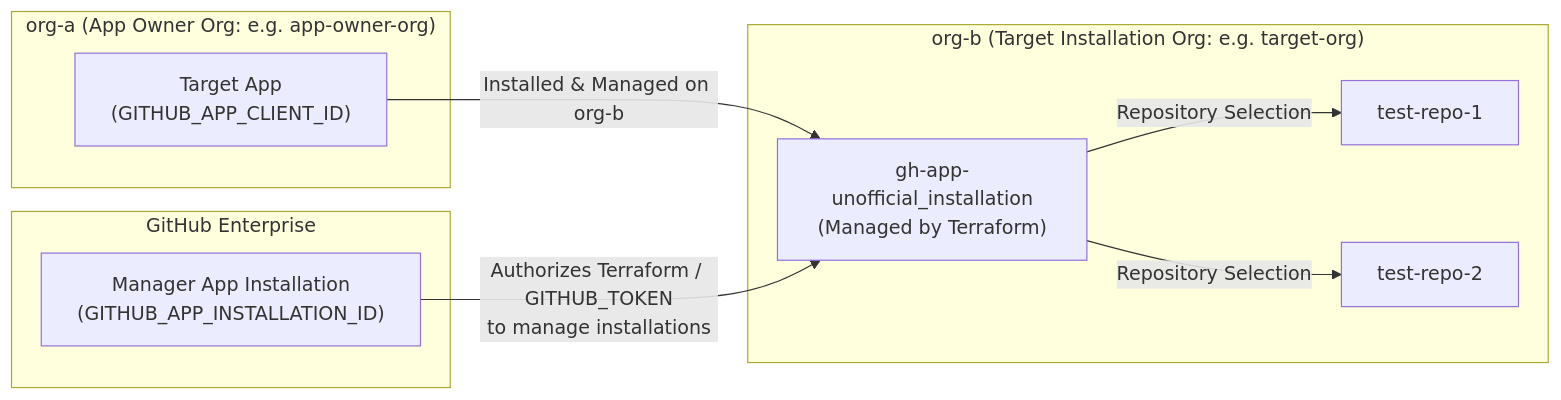
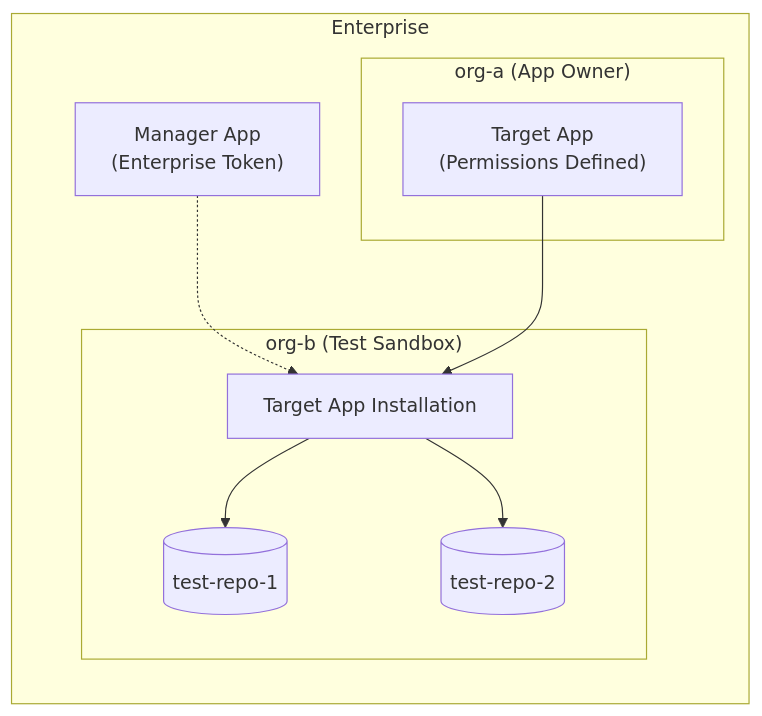
One commit to google/terraform-provider-gh-app-unofficial changed the first of 2 diagrams in DEVELOPMENT.md. Above: the diagram before and after it, drawn with Mermaid. The commit also changed other lines of this file and 7 other files, not shown here.

````diff
--- a/DEVELOPMENT.md
+++ b/DEVELOPMENT.md
@@ -30,21 +51,23 @@
 ```mermaid
-graph LR
-    subgraph ORG_A ["org-a (App Owner Org: e.g. app-owner-org)"]
-        T_APP["Target App<br/>(GITHUB_APP_CLIENT_ID)"]
+flowchart TD
+    subgraph Enterprise ["Enterprise"]
+        direction TB
+        MGR["Manager App <br/>(Enterprise Token)"]
+
+        subgraph ORG_A ["org-a (App Owner)"]
+            TARGET_APP["Target App <br/>(Permissions Defined)"]
+        end
+
+        subgraph ORG_B ["org-b (Test Sandbox)"]
+            INST["Target App Installation"]
+            R1[("test-repo-1")]
+            R2[("test-repo-2")]
+
+            INST --> R1
+            INST --> R2
+        end
+
+        MGR -.-> INST
+        TARGET_APP --> INST
     end
-
-    subgraph ENT ["GitHub Enterprise"]
-        M_INST["Manager App Installation<br/>(GITHUB_APP_INSTALLATION_ID)"]
-    end
-
-    subgraph ORG_B ["org-b (Target Installation Org: e.g. target-org)"]
-        INST["gh-app-unofficial_installation<br/>(Managed by Terraform)"]
-        TR1["test-repo-1"]
-        TR2["test-repo-2"]
-    end
-
-    T_APP -->|"Installed & Managed on org-b"| INST
-    INST -->|"Repository Selection"| TR1
-    INST -->|"Repository Selection"| TR2
-    M_INST -->|"Authorizes Terraform / GITHUB_TOKEN<br/>to manage installations"| INST
 ```
````
